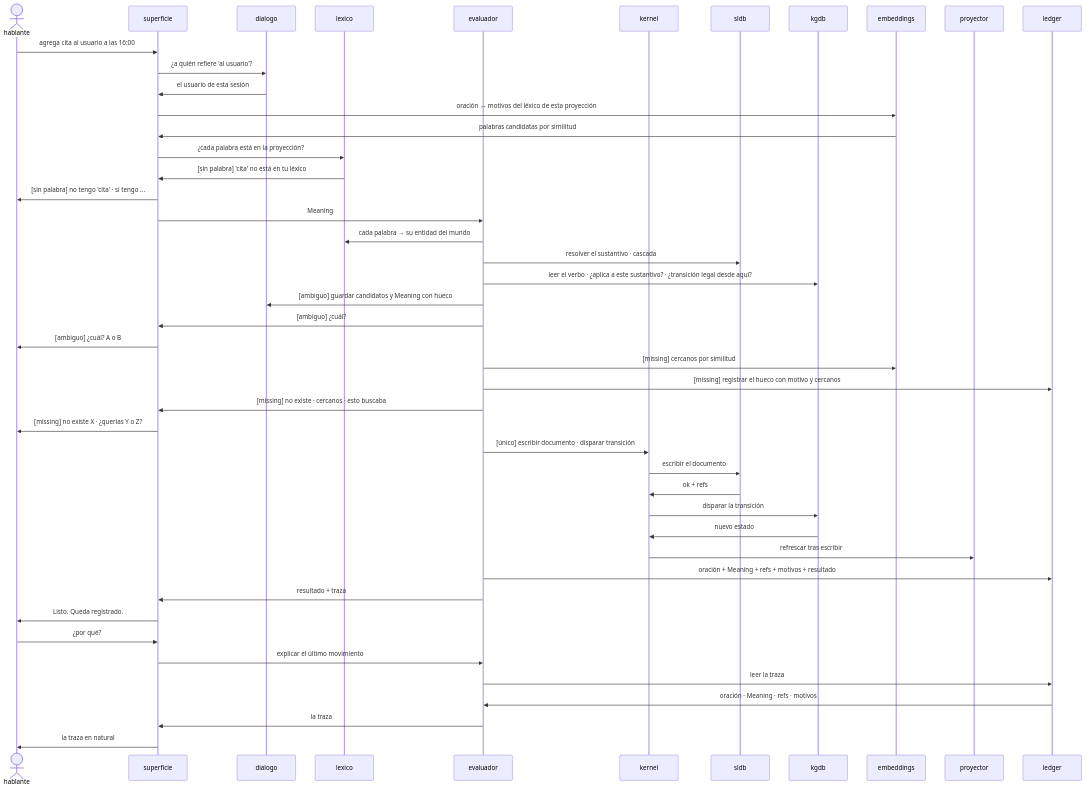
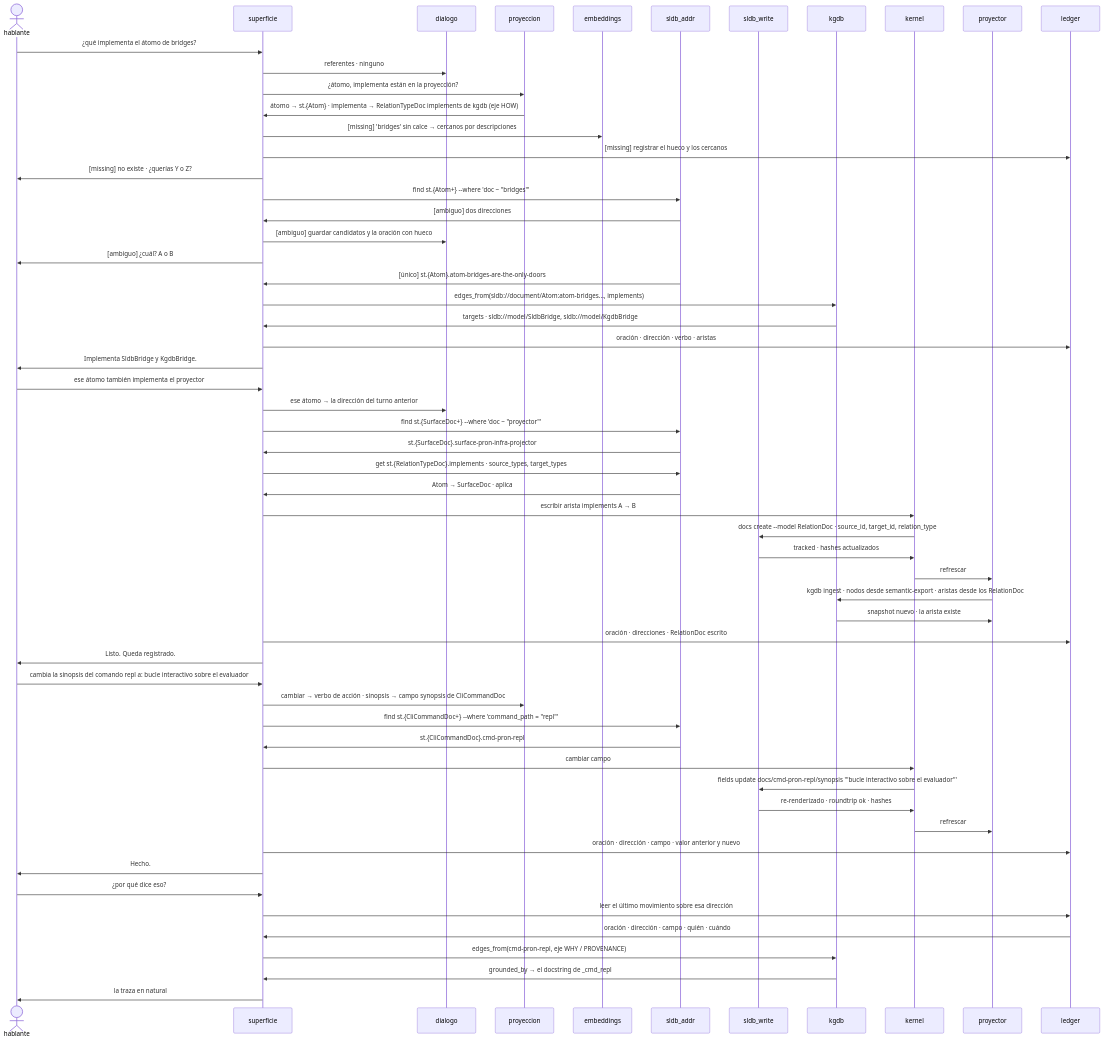
One commit to jpcosec/pron changed the diagram in views/spec2viz/out/mermaid/target.turno.mmd. Above: the diagram before and after it, drawn with Mermaid. The commit also changed 9 other files, not shown here.

First line of the commit message:
docs: target views corrected — nouns by address in sldb, relation models owned by kgdb, action verbs as sldb writes

```diff
--- a/views/spec2viz/out/mermaid/target.turno.mmd
+++ b/views/spec2viz/out/mermaid/target.turno.mmd
@@ -1,46 +1,58 @@
 sequenceDiagram
     actor hablante
     participant superficie
     participant dialogo
-    participant lexico
-    participant evaluador
+    participant proyeccion
+    participant embeddings
+    participant sldb_addr
+    participant sldb_write
+    participant kgdb
     participant kernel
-    participant sldb
-    participant kgdb
-    participant embeddings
     participant proyector
     participant ledger
-    hablante->>superficie: agrega cita al usuario a las 16:00
-    superficie->>dialogo: ¿a quién refiere 'al usuario'?
-    dialogo->>superficie: el usuario de esta sesión
-    superficie->>embeddings: oración ↔ motivos del léxico de esta proyección
-    embeddings->>superficie: palabras candidatas por similitud
-    superficie->>lexico: ¿cada palabra está en la proyección?
-    lexico->>superficie: [sin palabra] 'cita' no está en tu léxico
-    superficie->>hablante: [sin palabra] no tengo 'cita' · sí tengo ...
-    superficie->>evaluador: Meaning
-    evaluador->>lexico: cada palabra → su entidad del mundo
-    evaluador->>sldb: resolver el sustantivo · cascada
-    evaluador->>kgdb: leer el verbo · ¿aplica a este sustantivo? · ¿transición legal desde aquí?
-    evaluador->>dialogo: [ambiguo] guardar candidatos y Meaning con hueco
-    evaluador->>superficie: [ambiguo] ¿cuál?
+    hablante->>superficie: ¿qué implementa el átomo de bridges?
+    superficie->>dialogo: referentes · ninguno
+    superficie->>proyeccion: ¿átomo, implementa están en la proyección?
+    proyeccion->>superficie: átomo → st.{Atom} · implementa → RelationTypeDoc implements de kgdb (eje HOW)
+    superficie->>embeddings: [missing] 'bridges' sin calce → cercanos por descripciones
+    superficie->>ledger: [missing] registrar el hueco y los cercanos
+    superficie->>hablante: [missing] no existe · ¿querías Y o Z?
+    superficie->>sldb_addr: find st.{Atom+} --where 'doc ~ "bridges"'
+    sldb_addr->>superficie: [ambiguo] dos direcciones
+    superficie->>dialogo: [ambiguo] guardar candidatos y la oración con hueco
     superficie->>hablante: [ambiguo] ¿cuál? A o B
-    evaluador->>embeddings: [missing] cercanos por similitud
-    evaluador->>ledger: [missing] registrar el hueco con motivo y cercanos
-    evaluador->>superficie: [missing] no existe · cercanos · esto buscaba
-    superficie->>hablante: [missing] no existe X · ¿querías Y o Z?
-    evaluador->>kernel: [único] escribir documento · disparar transición
-    kernel->>sldb: escribir el documento
-    sldb->>kernel: ok + refs
-    kernel->>kgdb: disparar la transición
-    kgdb->>kernel: nuevo estado
-    kernel->>proyector: refrescar tras escribir
-    evaluador->>ledger: oración + Meaning + refs + motivos + resultado
-    evaluador->>superficie: resultado + traza
+    sldb_addr->>superficie: [único] st.{Atom}.atom-bridges-are-the-only-doors
+    superficie->>kgdb: edges_from(sldb://document/Atom:atom-bridges..., implements)
+    kgdb->>superficie: targets · sldb://model/SldbBridge, sldb://model/KgdbBridge
+    superficie->>ledger: oración · dirección · verbo · aristas
+    superficie->>hablante: Implementa SldbBridge y KgdbBridge.
+    hablante->>superficie: ese átomo también implementa el proyector
+    superficie->>dialogo: ese átomo → la dirección del turno anterior
+    superficie->>sldb_addr: find st.{SurfaceDoc+} --where 'doc ~ "proyector"'
+    sldb_addr->>superficie: st.{SurfaceDoc}.surface-pron-infra-projector
+    superficie->>sldb_addr: get st.{RelationTypeDoc}.implements · source_types, target_types
+    sldb_addr->>superficie: Atom → SurfaceDoc · aplica
+    superficie->>kernel: escribir arista implements A → B
+    kernel->>sldb_write: docs create --model RelationDoc · source_id, target_id, relation_type
+    sldb_write->>kernel: tracked · hashes actualizados
+    kernel->>proyector: refrescar
+    proyector->>kgdb: kgdb ingest · nodos desde semantic-export · aristas desde los RelationDoc
+    kgdb->>proyector: snapshot nuevo · la arista existe
+    superficie->>ledger: oración · direcciones · RelationDoc escrito
     superficie->>hablante: Listo. Queda registrado.
-    hablante->>superficie: ¿por qué?
-    superficie->>evaluador: explicar el último movimiento
-    evaluador->>ledger: leer la traza
-    ledger->>evaluador: oración · Meaning · refs · motivos
-    evaluador->>superficie: la traza
+    hablante->>superficie: cambia la sinopsis del comando repl a: bucle interactivo sobre el evaluador
+    superficie->>proyeccion: cambiar → verbo de acción · sinopsis → campo synopsis de CliCommandDoc
+    superficie->>sldb_addr: find st.{CliCommandDoc+} --where 'command_path = "repl"'
+    sldb_addr->>superficie: st.{CliCommandDoc}.cmd-pron-repl
+    superficie->>kernel: cambiar campo
+    kernel->>sldb_write: fields update docs/cmd-pron-repl/synopsis '"bucle interactivo sobre el evaluador"'
+    sldb_write->>kernel: re-renderizado · roundtrip ok · hashes
+    kernel->>proyector: refrescar
+    superficie->>ledger: oración · dirección · campo · valor anterior y nuevo
+    superficie->>hablante: Hecho.
+    hablante->>superficie: ¿por qué dice eso?
+    superficie->>ledger: leer el último movimiento sobre esa dirección
+    ledger->>superficie: oración · dirección · campo · quién · cuándo
+    superficie->>kgdb: edges_from(cmd-pron-repl, eje WHY / PROVENANCE)
+    kgdb->>superficie: grounded_by → el docstring de _cmd_repl
     superficie->>hablante: la traza en natural
```
